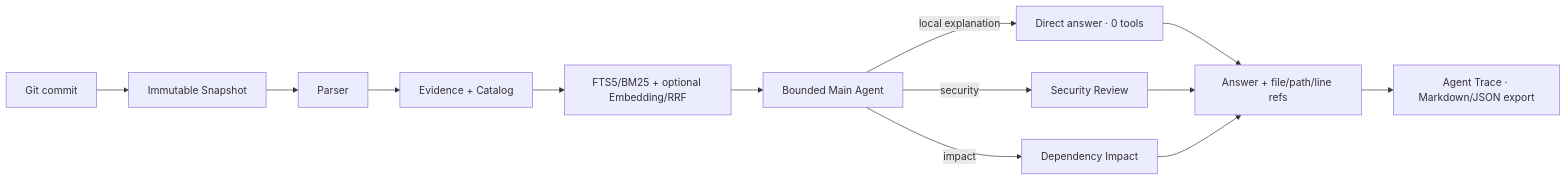
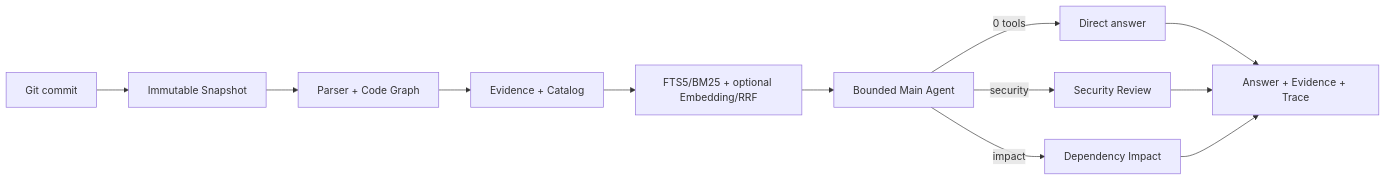
One commit to sail0kevin/Repository-Mind changed the diagram in README.md. Above: the diagram before and after it, drawn with Mermaid. The commit also changed other lines of this file and 28 other files, not shown here.

````diff
--- a/README.md
+++ b/README.md
@@ -19,15 +94,14 @@
 ```mermaid
 flowchart LR
-  A[Git commit] --> B[Immutable Snapshot]
-  B --> C[Parser]
-  C --> D[Evidence + Catalog]
-  D --> E[FTS5/BM25 + optional Embedding/RRF]
-  E --> F[Bounded Main Agent]
-  F -->|local explanation| G[Direct answer · 0 tools]
-  F -->|security| H[Security Review]
-  F -->|impact| I[Dependency Impact]
-  G --> J[Answer + file/path/line refs]
+  A["Git commit"] --> B["Immutable Snapshot"]
+  B --> C["Parser + Code Graph"]
+  C --> D["Evidence + Catalog"]
+  D --> E["FTS5/BM25 + optional Embedding/RRF"]
+  E --> F["Bounded Main Agent"]
+  F -->|"0 tools"| G["Direct answer"]
+  F -->|"security"| H["Security Review"]
+  F -->|"impact"| I["Dependency Impact"]
+  G --> J["Answer + Evidence + Trace"]
   H --> J
   I --> J
-  J --> K[Agent Trace · Markdown/JSON export]
 ```
````
